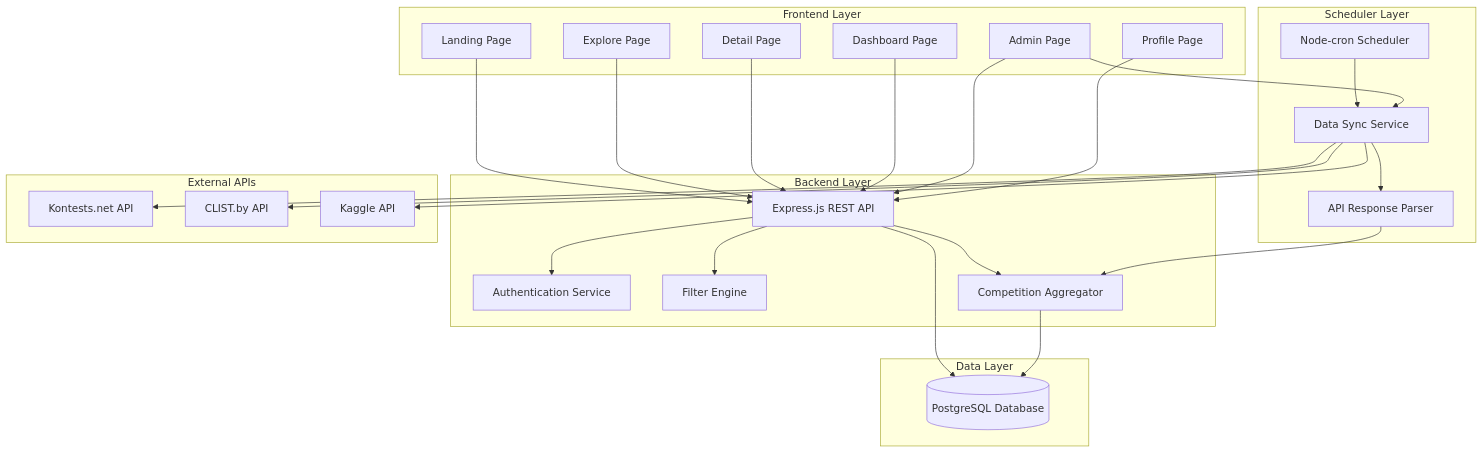
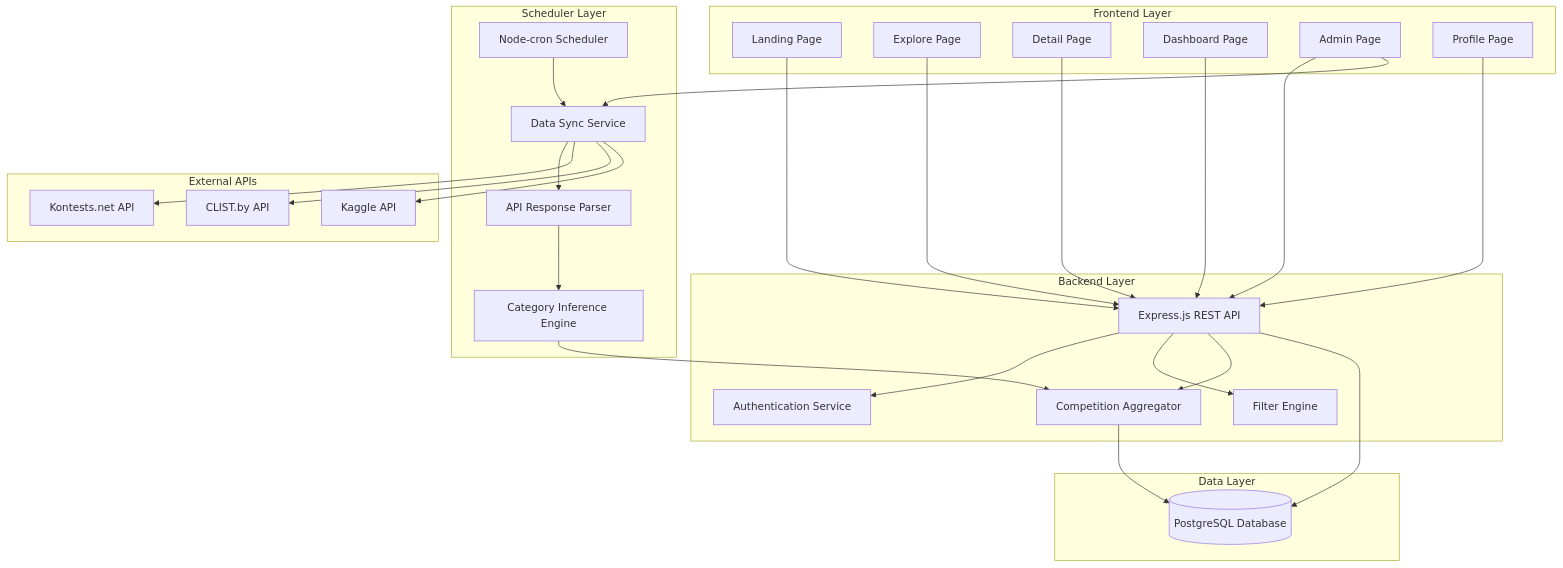
Before and after one commit to faissssss/devarena: the first of 2 diagrams in .kiro/specs/devarena-platform/design.md, drawn with Mermaid. The commit also changed other lines of this file and 60 other files, not shown here.

````diff
--- a/.kiro/specs/devarena-platform/design.md
+++ b/.kiro/specs/devarena-platform/design.md
@@ -27,57 +29,59 @@
 ```mermaid
 graph TB
     subgraph "Frontend Layer"
         Landing[Landing Page]
         Explore[Explore Page]
         Detail[Detail Page]
         Dashboard[Dashboard Page]
         Admin[Admin Page]
         Profile[Profile Page]
     end
     
     subgraph "Backend Layer"
         API[Express.js REST API]
         Auth[Authentication Service]
         Filter[Filter Engine]
         Aggregator[Competition Aggregator]
     end
     
     subgraph "Scheduler Layer"
         Cron[Node-cron Scheduler]
         Sync[Data Sync Service]
         Parser[API Response Parser]
+        CategoryEngine[Category Inference Engine]
     end
     
     subgraph "Data Layer"
         DB[(PostgreSQL Database)]
     end
     
     subgraph "External APIs"
         Kontests[Kontests.net API]
         CLIST[CLIST.by API]
         Kaggle[Kaggle API]
     end
     
     Landing --> API
     Explore --> API
     Detail --> API
     Dashboard --> API
     Admin --> API
     Profile --> API
     
     API --> Auth
     API --> Filter
     API --> Aggregator
     API --> DB
     
     Cron --> Sync
     Sync --> Parser
-    Parser --> Aggregator
+    Parser --> CategoryEngine
+    CategoryEngine --> Aggregator
     Aggregator --> DB
     
     Sync --> Kontests
     Sync --> CLIST
     Sync --> Kaggle
     
     Admin --> Sync
 ```
````
